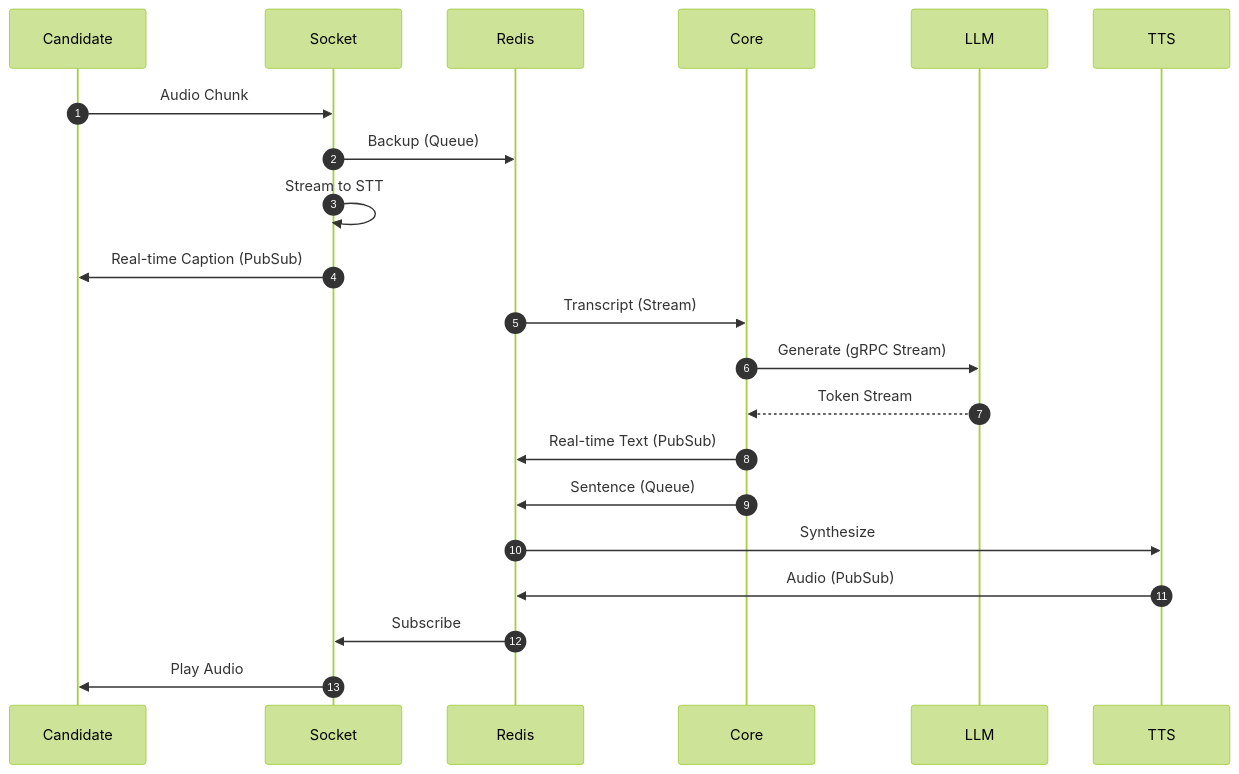
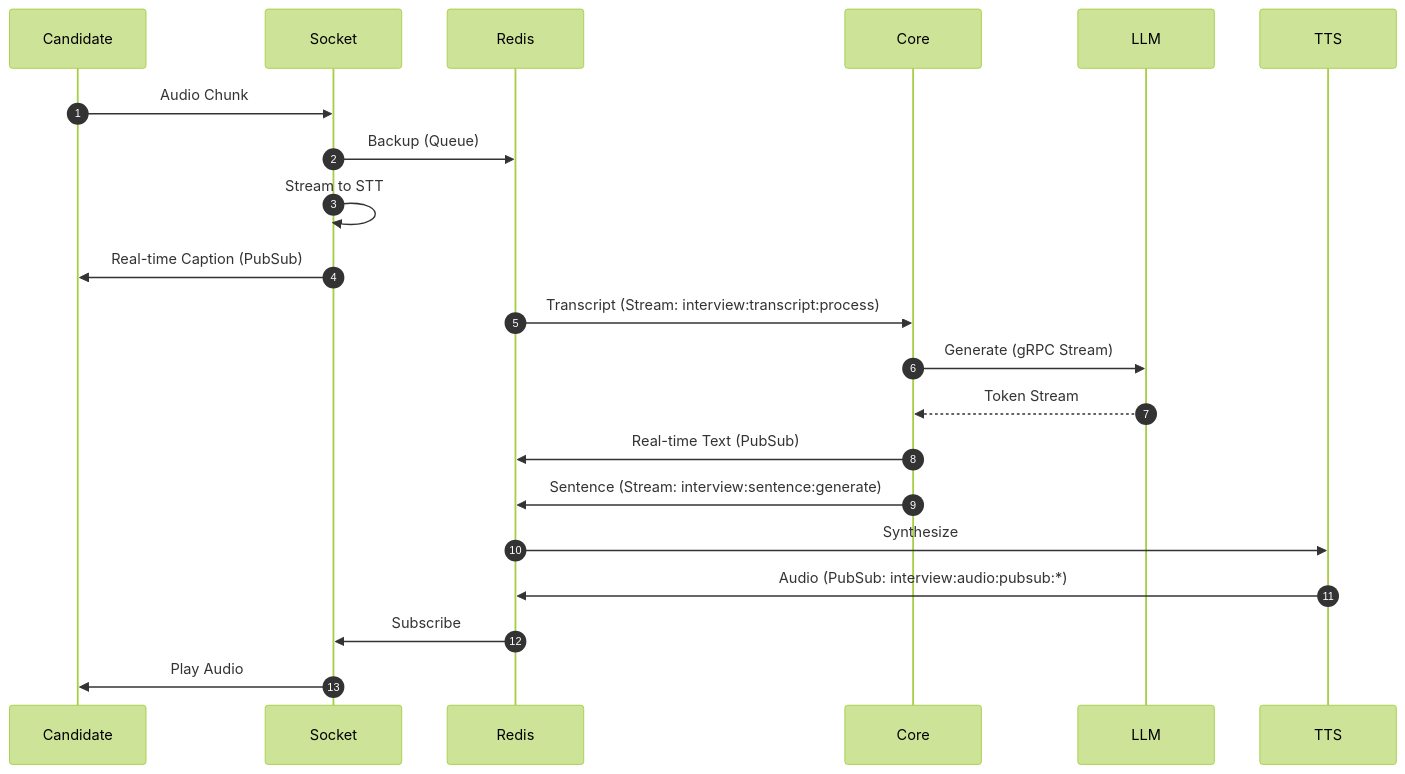
Before and after one commit to Yoonsik-Shin/ai-interview: the second of 2 diagrams in docs/architecture/architecture.md, drawn with Mermaid (forest theme). The commit also changed other lines of this file and 10 other files, not shown here.

Commit message:
docs: update architecture, changelog, design decisions, coding conventions, and add new reference docs

````diff
--- a/docs/architecture/architecture.md
+++ b/docs/architecture/architecture.md
@@ -99,26 +98,26 @@
 ```mermaid
 sequenceDiagram
     autonumber
     participant C as Candidate
     participant S as Socket
     participant R as Redis
     participant CS as Core
     participant L as LLM
     participant T as TTS
 
     C->>S: Audio Chunk
     S->>R: Backup (Queue)
     S->>S: Stream to STT
     S->>C: Real-time Caption (PubSub)
 
-    R->>CS: Transcript (Stream)
+    R->>CS: Transcript (Stream: interview:transcript:process)
     CS->>L: Generate (gRPC Stream)
     L-->>CS: Token Stream
     CS->>R: Real-time Text (PubSub)
-    CS->>R: Sentence (Queue)
+    CS->>R: Sentence (Stream: interview:sentence:generate)
 
     R->>T: Synthesize
-    T->>R: Audio (PubSub)
+    T->>R: Audio (PubSub: interview:audio:pubsub:*)
     R->>S: Subscribe
     S->>C: Play Audio
 ```
````
